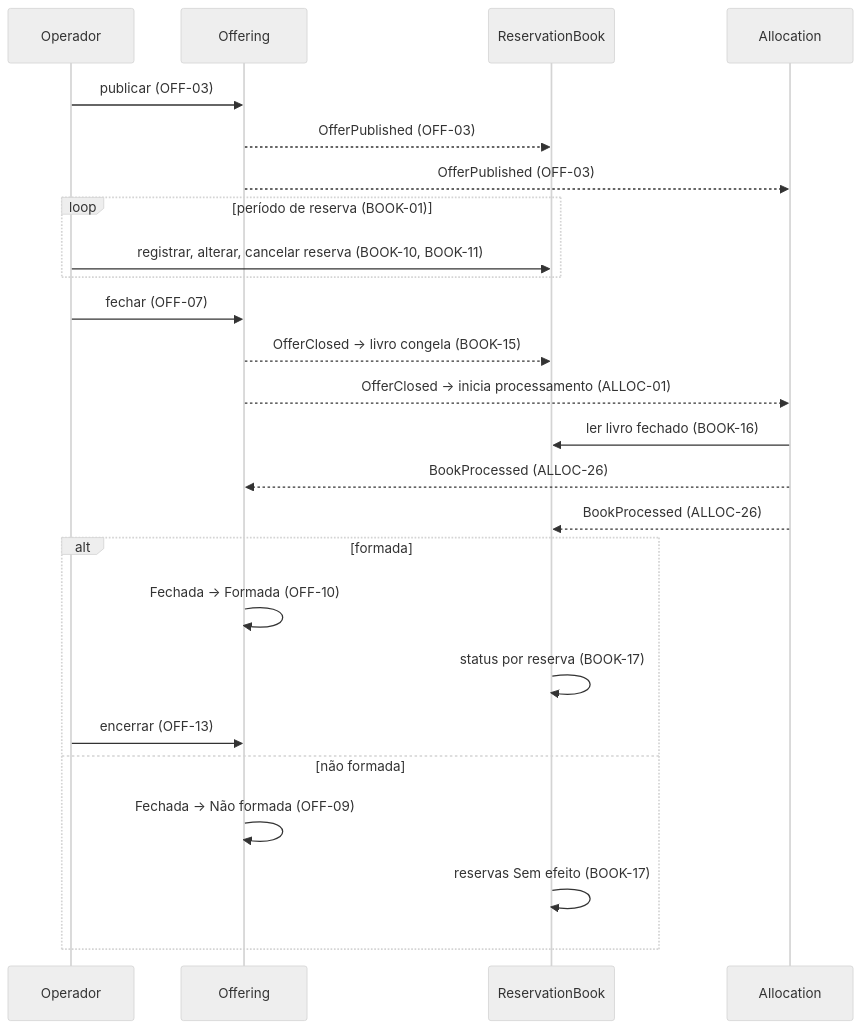
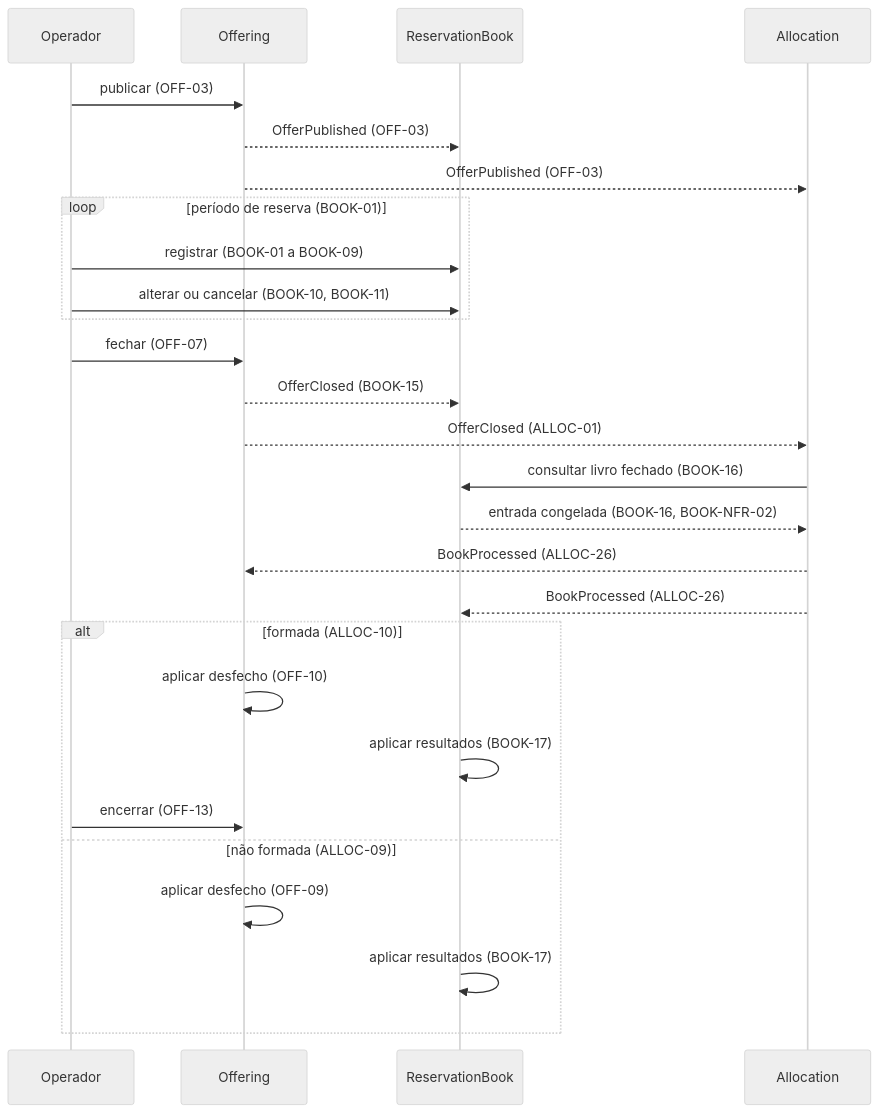
One commit to guilhermesalvi/fund-distribution-platform changed the first of 2 diagrams in docs/prd/0000-platform-overview.md. Above: the diagram before and after it, drawn with Mermaid (neutral theme). The commit also changed other lines of this file and 3 other files, not shown here.

````diff
--- a/docs/prd/0000-platform-overview.md
+++ b/docs/prd/0000-platform-overview.md
@@ -43,28 +41,29 @@
 ```mermaid
 sequenceDiagram
     participant Operador
     participant Offering
     participant ReservationBook
     participant Allocation
-
     Operador->>Offering: publicar (OFF-03)
     Offering-->>ReservationBook: OfferPublished (OFF-03)
     Offering-->>Allocation: OfferPublished (OFF-03)
     loop período de reserva (BOOK-01)
-        Operador->>ReservationBook: registrar, alterar, cancelar reserva (BOOK-10, BOOK-11)
+        Operador->>ReservationBook: registrar (BOOK-01 a BOOK-09)
+        Operador->>ReservationBook: alterar ou cancelar (BOOK-10, BOOK-11)
     end
     Operador->>Offering: fechar (OFF-07)
-    Offering-->>ReservationBook: OfferClosed → livro congela (BOOK-15)
-    Offering-->>Allocation: OfferClosed → inicia processamento (ALLOC-01)
-    Allocation->>ReservationBook: ler livro fechado (BOOK-16)
+    Offering-->>ReservationBook: OfferClosed (BOOK-15)
+    Offering-->>Allocation: OfferClosed (ALLOC-01)
+    Allocation->>ReservationBook: consultar livro fechado (BOOK-16)
+    ReservationBook-->>Allocation: entrada congelada (BOOK-16, BOOK-NFR-02)
     Allocation-->>Offering: BookProcessed (ALLOC-26)
     Allocation-->>ReservationBook: BookProcessed (ALLOC-26)
-    alt formada
-        Offering->>Offering: Fechada → Formada (OFF-10)
-        ReservationBook->>ReservationBook: status por reserva (BOOK-17)
+    alt formada (ALLOC-10)
+        Offering->>Offering: aplicar desfecho (OFF-10)
+        ReservationBook->>ReservationBook: aplicar resultados (BOOK-17)
         Operador->>Offering: encerrar (OFF-13)
-    else não formada
-        Offering->>Offering: Fechada → Não formada (OFF-09)
-        ReservationBook->>ReservationBook: reservas Sem efeito (BOOK-17)
+    else não formada (ALLOC-09)
+        Offering->>Offering: aplicar desfecho (OFF-09)
+        ReservationBook->>ReservationBook: aplicar resultados (BOOK-17)
     end
 ```
````
